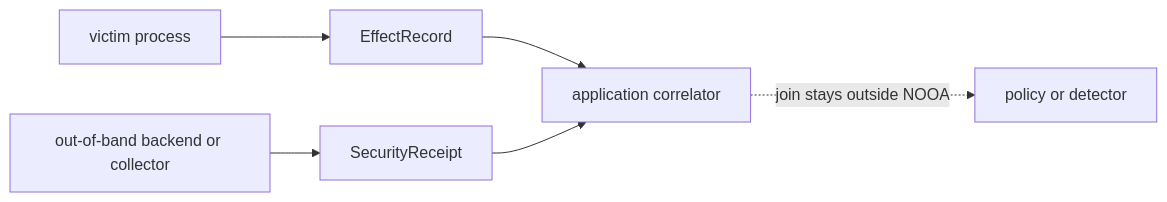
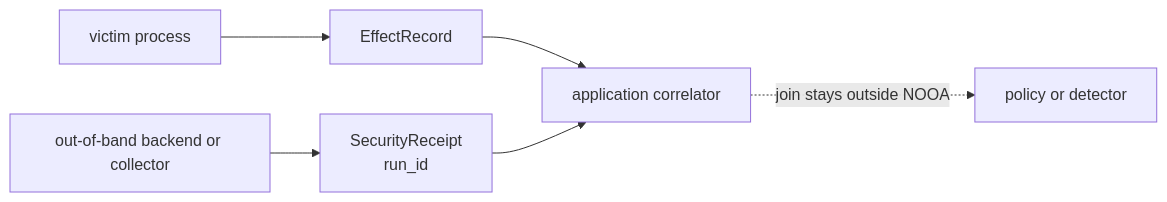
The diagram in README.md (nirosen/labs-OO-Agents), drawn with Mermaid before and after one commit. The commit also changed other lines of this file and 2 other files, not shown here.

Commit message:
Add run scoping to receipt transport

````diff
--- a/README.md
+++ b/README.md
@@ -71,8 +71,8 @@
 ```mermaid
 flowchart LR
     V["victim process"] --> E["EffectRecord"]
-    T["out-of-band backend or collector"] --> R["SecurityReceipt"]
+    T["out-of-band backend or collector"] --> R["SecurityReceipt<br/>run_id"]
     E --> C["application correlator"]
     R --> C
     C -. "join stays outside NOOA" .-> P["policy or detector"]
 ```
````
